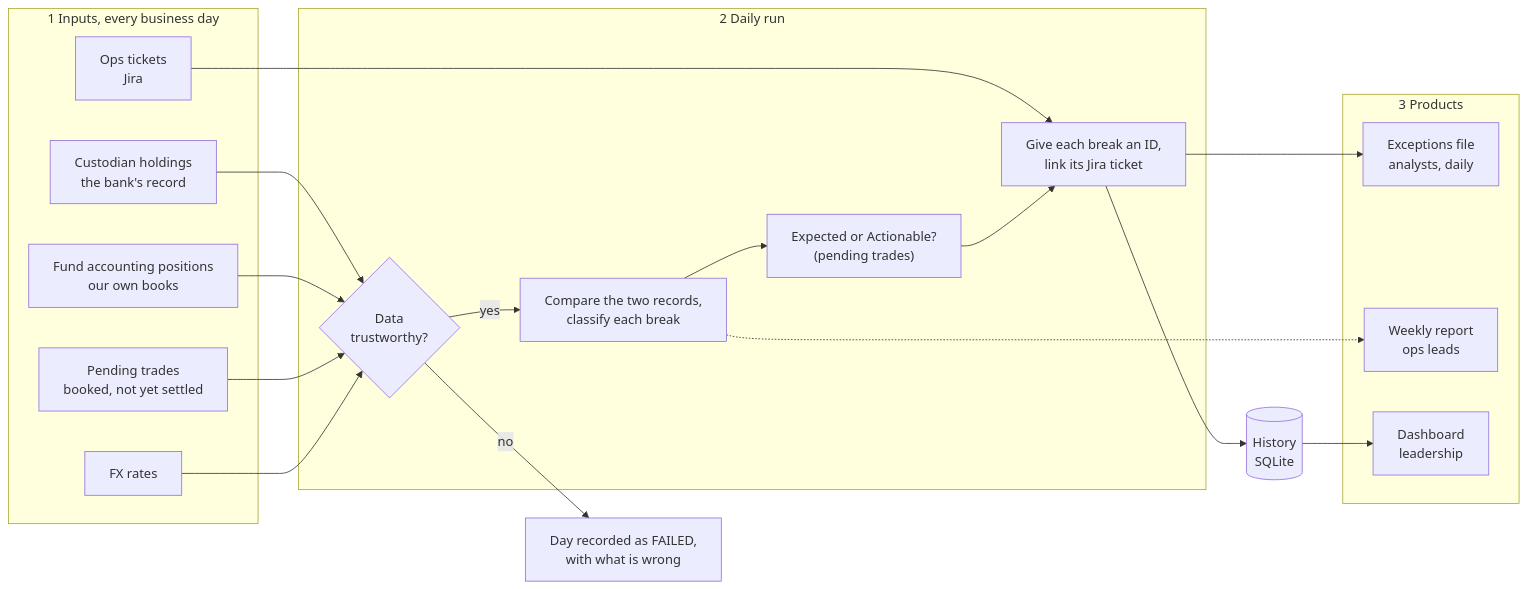
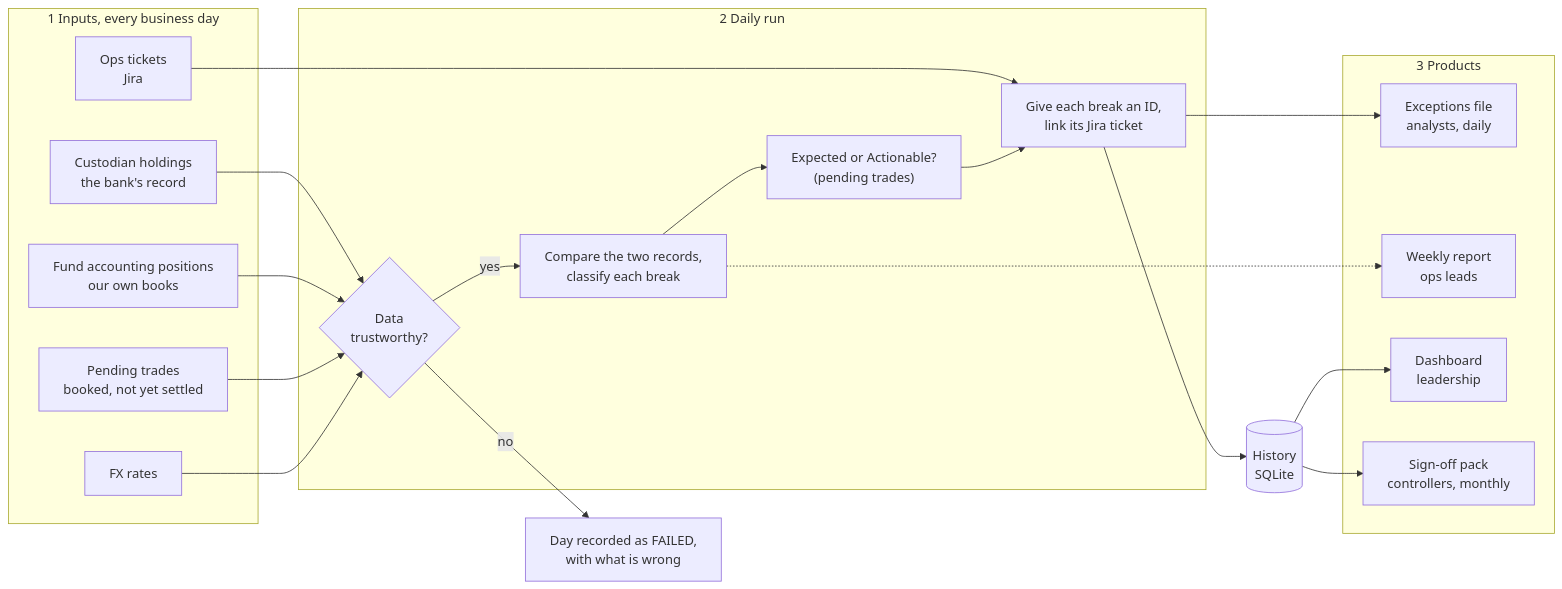
One commit to reddyakilesh22-glitch/portfolio-ops-reporting changed the diagram in README.md. Above: the diagram before and after it, drawn with Mermaid. The commit also changed other lines of this file and 4 other files, not shown here.

First line of the commit message:
Docs for industry KPIs and month-end sign-off (fixes #33) (#34)

````diff
--- a/README.md
+++ b/README.md
@@ -63,36 +68,38 @@
 ```mermaid
 flowchart LR
     subgraph IN["1 Inputs, every business day"]
         C["Custodian holdings<br/>the bank's record"]
         A["Fund accounting positions<br/>our own books"]
         P["Pending trades<br/>booked, not yet settled"]
         F["FX rates"]
         J["Ops tickets<br/>Jira"]
     end
 
     subgraph RUN["2 Daily run"]
         V{"Data<br/>trustworthy?"}
         R["Compare the two records,<br/>classify each break"]
         E["Expected or Actionable?<br/>(pending trades)"]
         T["Give each break an ID,<br/>link its Jira ticket"]
     end
 
     H[("History<br/>SQLite")]
 
     subgraph OUT["3 Products"]
         X1["Exceptions file<br/>analysts, daily"]
         X2["Weekly report<br/>ops leads"]
         D["Dashboard<br/>leadership"]
+        M["Sign-off pack<br/>controllers, monthly"]
     end
 
     C --> V
     A --> V
     P --> V
     F --> V
     J --> T
     V -->|"no"| S["Day recorded as FAILED,<br/>with what is wrong"]
     V -->|"yes"| R --> E --> T --> H
     T --> X1
     H --> D
+    H --> M
     R -.-> X2
 ```
````
